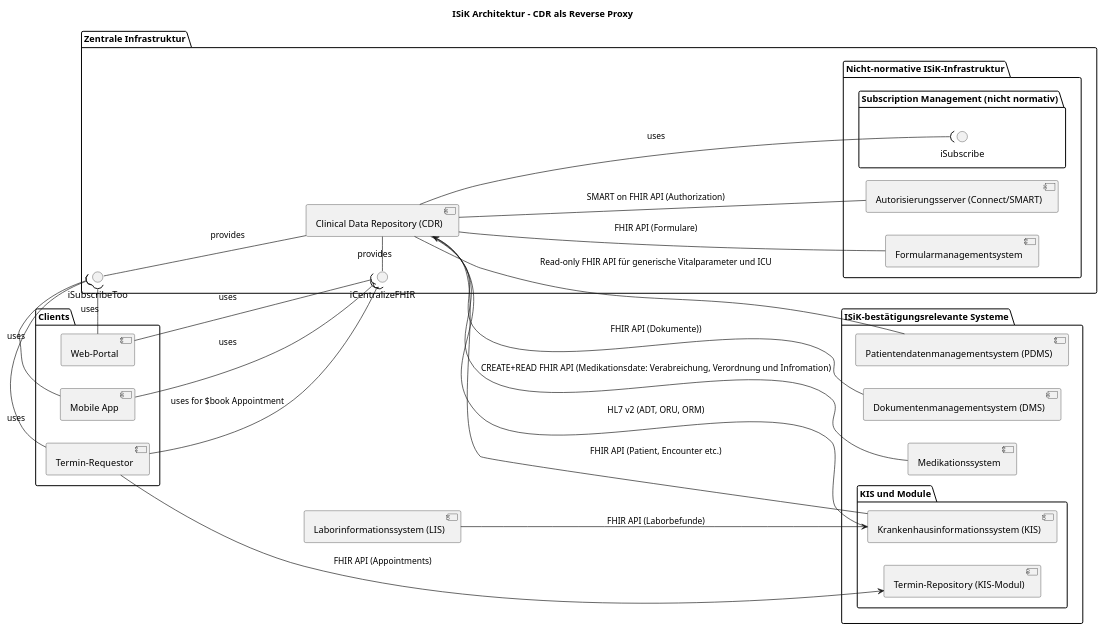
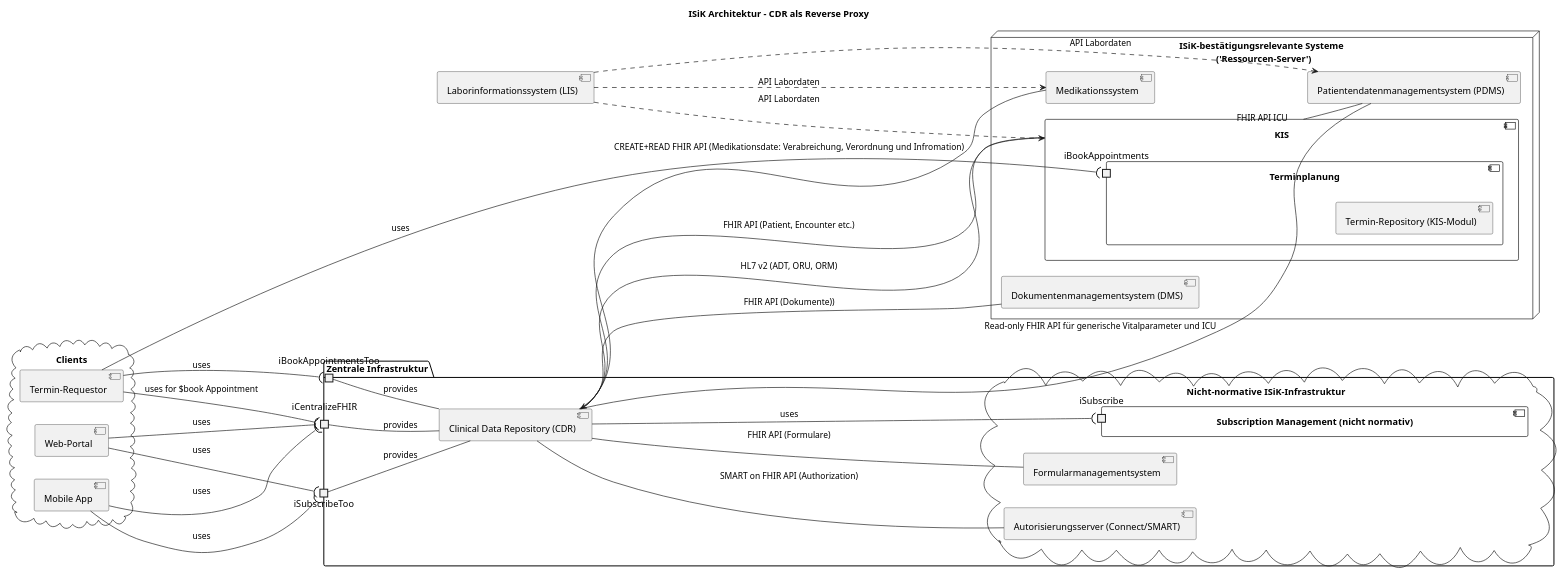
One commit to gematik/spec-ISiK-Basismodul changed the diagram in Material/_commons/diagrams/isik-arch.puml. Above: the diagram before and after it, drawn with PlantUML.

Commit message:
improve arch

```diff
--- a/Material/_commons/diagrams/isik-arch.puml
+++ b/Material/_commons/diagrams/isik-arch.puml
@@ -1,90 +1,107 @@
 @startuml
 left to right direction
 
 title ISiK Architektur – CDR als Reverse Proxy
 
-package "ISiK-bestätigungsrelevante Systeme" {
+node "ISiK-bestätigungsrelevante Systeme \n ('Ressourcen-Server')" {
 
-     package "KIS und Module" {
-  [Krankenhausinformationssystem (KIS)] as KIS
+component KIS  {
+  component "Terminplanung" {
     [Termin-Repository (KIS-Modul)] as TerminKIS
+    portin iBookAppointments
     } 
+  ' component "PDMS-Modul" as PDMSKISMODUL
+  ' component "weiteres KIS-Modul" as KISMODUL
+
+  }
 
   [Patientendatenmanagementsystem (PDMS)] as PDMS
   [Dokumentenmanagementsystem (DMS)] as DMS
   [Medikationssystem]
 
 
 }
 
+
 package "Zentrale Infrastruktur" {
   [Clinical Data Repository (CDR)] as CDR
 
-  interface iCentralizeFHIR
-  interface  iSubscribeToo
+  portin iCentralizeFHIR
+  portin iSubscribeToo
+  portin iBookAppointmentsToo
 
-  package "Nicht-normative ISiK-Infrastruktur" {
+  cloud "Nicht-normative ISiK-Infrastruktur" {
   
   [Autorisierungsserver (Connect/SMART)] as Autorisierungsserver
   [Formularmanagementsystem]
 
-  package "Subscription Management (nicht normativ)" {
-    interface  iSubscribe
+  component "Subscription Management (nicht normativ)" {
+    portin  iSubscribe
   }
+
 
   }
 }
 
   
 
 [Laborinformationssystem (LIS)] as LIS
 
 
 
-package "Clients" {
+cloud "Clients" {
   [Mobile App]
   [Web-Portal]
   [Termin-Requestor]
+
 }
 
 ' Schnittstellen zwischen CDR und externen Clients
 iCentralizeFHIR - [CDR]  : provides
+iBookAppointmentsToo - [CDR] : provides
 [Mobile App] --( iCentralizeFHIR : uses
 [Web-Portal] --( iCentralizeFHIR : uses
 [Termin-Requestor] --( iCentralizeFHIR : "uses for $book Appointment"
+[Termin-Requestor] -( iBookAppointmentsToo : uses
 
+' Direkte Schnittstellen zwischen ISiK-Systemen
+[KIS] -- [PDMS] : FHIR API ICU
+[LIS] ..> [KIS] :  API Labordaten
+[LIS] ..> [PDMS] :  API Labordaten
+[LIS] ..> [Medikationssystem] :  API Labordaten
+
+' Direkte Schnittstellen zwischen externen Clients und ISiK-Systemen
+[Termin-Requestor] -( iBookAppointments : uses
 
 ' FHIR Schnittstellen zwischen CDR und ISiK-Systemen
 
 [CDR] -- [KIS] :  FHIR API (Patient, Encounter etc.) 
 [CDR] -- [PDMS] : Read-only FHIR API für generische Vitalparameter und ICU 
 [CDR] -- [DMS] : FHIR API (Dokumente))
 [CDR] -- [Medikationssystem] : CREATE+READ FHIR API (Medikationsdate: Verabreichung, Verordnung und Infromation)
 [CDR] -- [Autorisierungsserver] : SMART on FHIR API (Authorization) 
 [CDR] -- [Formularmanagementsystem] : FHIR API (Formulare)
 
-' weitere Schnittstellen zwischen CDR und ISiK-Systemen
-[KIS] --> [CDR] : HL7 v2 (ADT, ORU, ORM)
-'etc. für alle Systeme, die HL7 v2 unterstützen; hier nicht gerendert im Sinne der Übersichtlichkeit
 
-' Direkte Schnittstellen zwischen ISiK-Systemen
-[LIS] --> [KIS] : FHIR API (Laborbefunde)
-[Termin-Requestor] --> [TerminKIS] : FHIR API (Appointments)
+
 
 ' CDR Subscription Management zu subsystemen 
 [CDR] --( iSubscribe : uses 
 'iSubscribe - [KIS] : provides
 'iSubscribe - [PDMS] : provides
 'iSubscribe - [Medikationssystem] : provides
 ' etc. für alle Systeme, die Subscription Management unterstützen; hier nicht gerendert im Sinne der Übersichtlichkeit
 
 ' Client-Subscription-Management
 iSubscribeToo -- [CDR] : provides 
 [Mobile App] -( iSubscribeToo : uses 
 [Web-Portal] -( iSubscribeToo : uses 
-[Termin-Requestor] -( iSubscribeToo : uses
+
+' weitere Schnittstellen zwischen CDR und ISiK-Systemen
+[KIS] --> [CDR] : HL7 v2 (ADT, ORU, ORM)
+'etc. für alle Systeme, die HL7 v2 unterstützen; hier nicht gerendert im Sinne der Übersichtlichkeit
 
 
 
 
 @enduml
```
